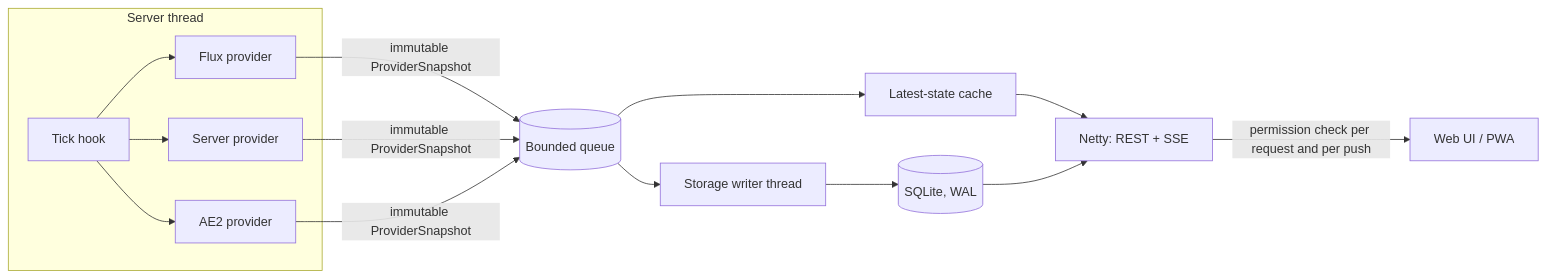
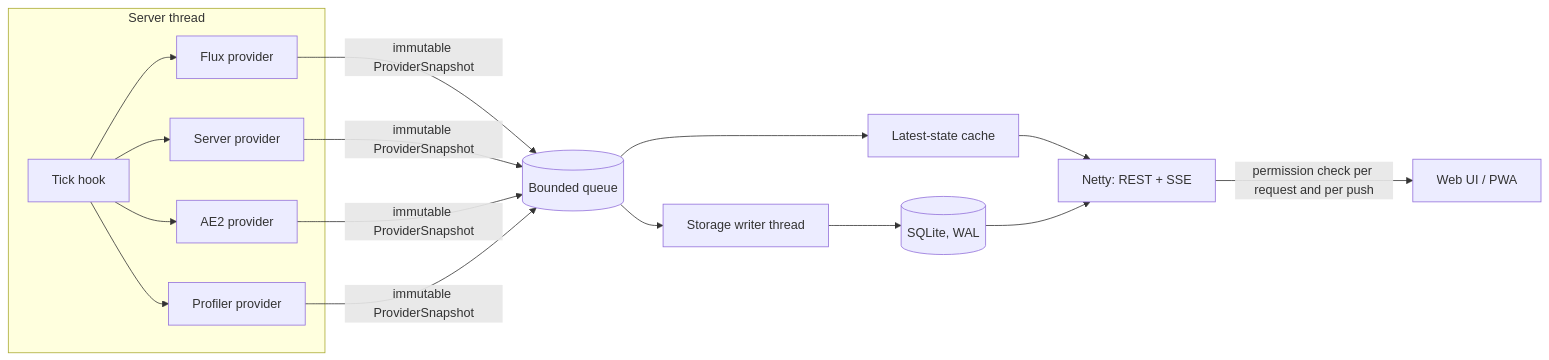
The diagram in docs/ARCHITECTURE.md (jopomods/overseer), drawn with Mermaid before and after one commit. The commit also changed other lines of this file and 4 other files, not shown here.

First line of the commit message:
docs: refresh README, architecture and AGENTS (#58)

````diff
--- a/docs/ARCHITECTURE.md
+++ b/docs/ARCHITECTURE.md
@@ -50,15 +56,16 @@
 ```mermaid
 flowchart LR
     subgraph ST[Server thread]
         T[Tick hook] --> P1[Flux provider]
         T --> P2[Server provider]
         T --> P3[AE2 provider]
+        T --> P4[Profiler provider]
     end
-    P1 & P2 & P3 -->|immutable ProviderSnapshot| Q[(Bounded queue)]
+    P1 & P2 & P3 & P4 -->|immutable ProviderSnapshot| Q[(Bounded queue)]
     Q --> L[Latest-state cache]
     Q --> W[Storage writer thread]
     W --> DB[(SQLite, WAL)]
     L --> API[Netty: REST + SSE]
     DB --> API
     API -->|permission check per request and per push| UI[Web UI / PWA]
 ```
````
